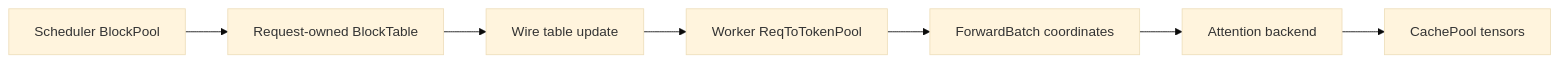
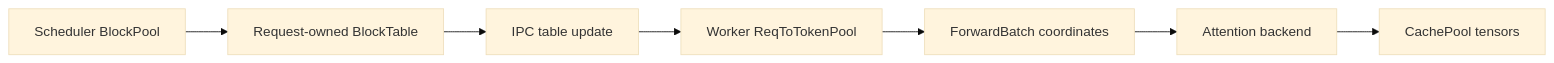
One commit to hao-ai-lab/uniserve changed the diagram in docs/kv-cache-management.md. Above: the diagram before and after it, drawn with Mermaid (base theme). The commit also changed other lines of this file and 166 other files, not shown here.

````diff
--- a/docs/kv-cache-management.md
+++ b/docs/kv-cache-management.md
@@ -49,9 +49,9 @@
 ```mermaid
 flowchart LR
     S["Scheduler BlockPool"] --> T["Request-owned BlockTable"]
-    T --> W["Wire table update"]
+    T --> W["IPC table update"]
     W --> R["Worker ReqToTokenPool"]
     R --> F["ForwardBatch coordinates"]
     F --> A["Attention backend"]
     A --> C["CachePool tensors"]
 ```
````
